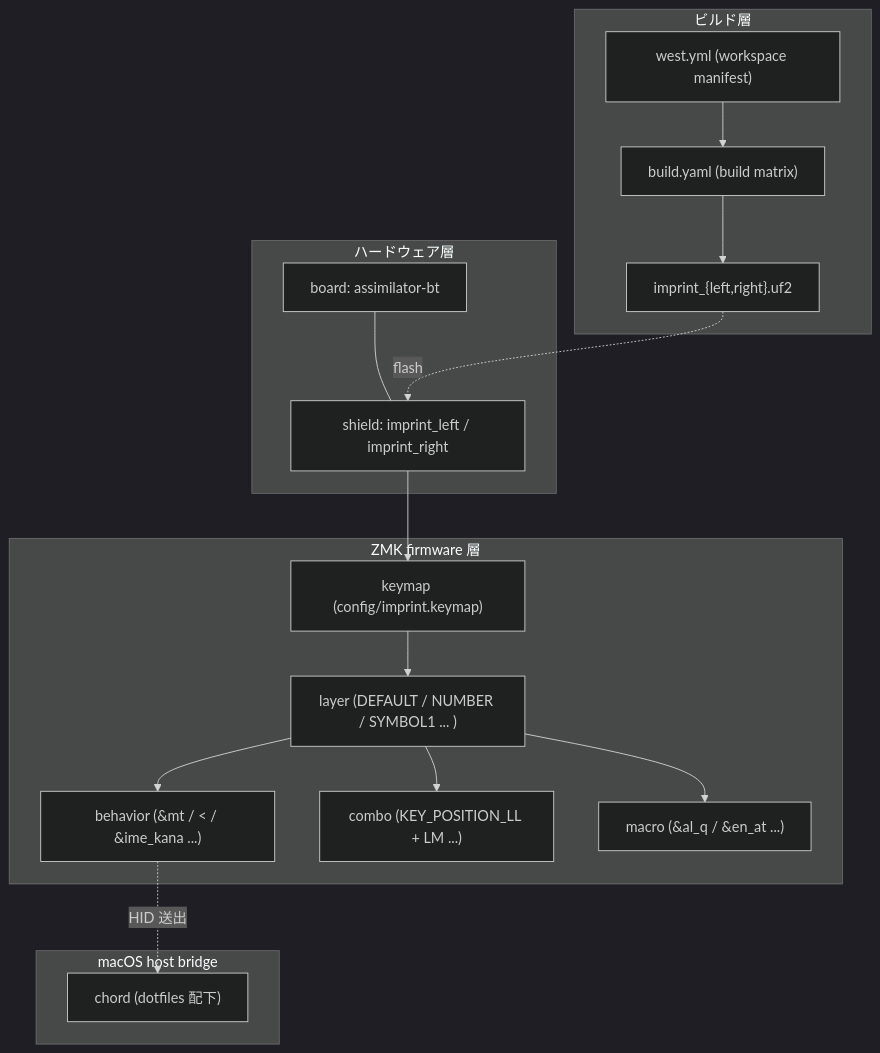
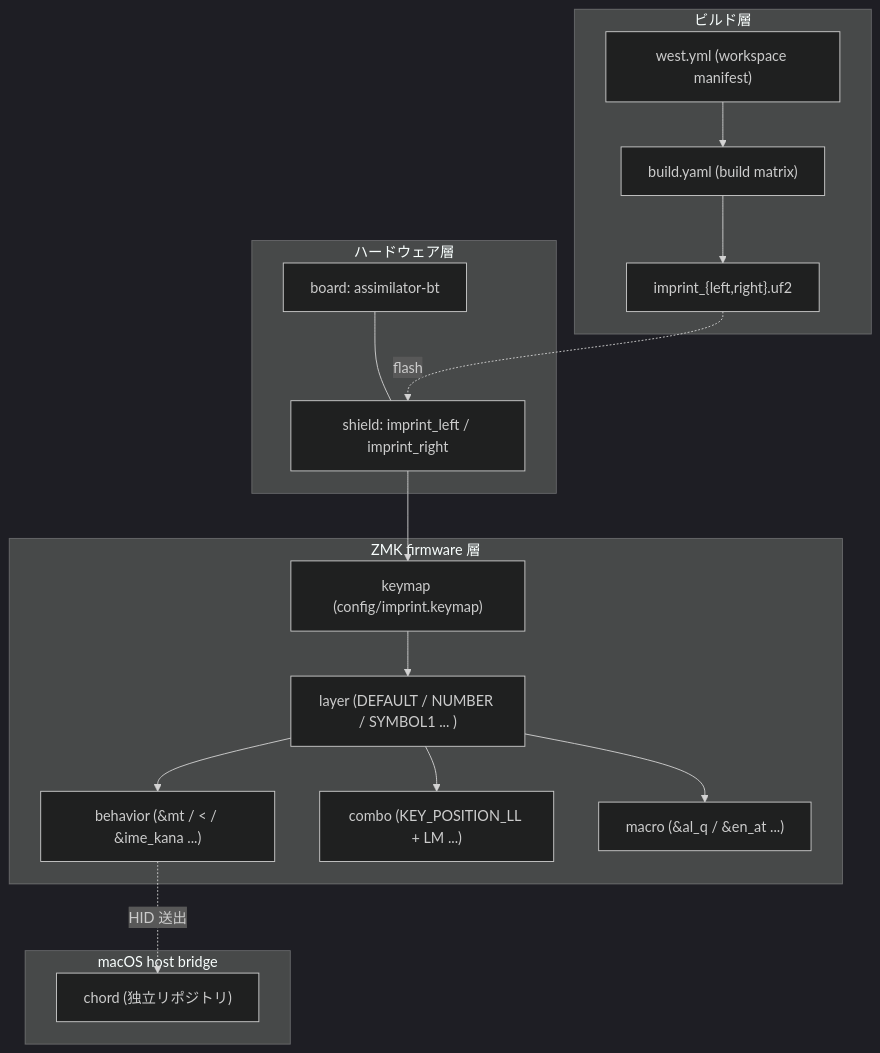
The diagram in docs/glossary.md (akira-toriyama/canon), drawn with Mermaid (dark theme) before and after one commit. The commit also changed other lines of this file and 3 other files, not shown here.

````diff
--- a/docs/glossary.md
+++ b/docs/glossary.md
@@ -34,32 +34,32 @@
 ```mermaid
 flowchart TB
   subgraph HW["ハードウェア層"]
     BOARD["board: assimilator-bt"]
     SHIELD["shield: imprint_left / imprint_right"]
   end
   subgraph FW["ZMK firmware 層"]
     KEYMAP["keymap (config/imprint.keymap)"]
     LAYER["layer (DEFAULT / NUMBER / SYMBOL1 ... )"]
     BEHAVIOR["behavior (&mt / &lt / &ime_kana ...)"]
     COMBO["combo (KEY_POSITION_LL + LM ...)"]
     MACRO["macro (&al_q / &en_at ...)"]
   end
   subgraph BUILD["ビルド層"]
     WEST["west.yml (workspace manifest)"]
     BUILDYAML["build.yaml (build matrix)"]
     UF2["imprint_{left,right}.uf2"]
   end
   subgraph HOST["macOS host bridge"]
-    CHORD["chord (dotfiles 配下)"]
+    CHORD["chord (独立リポジトリ)"]
   end
   BOARD --- SHIELD
   SHIELD --> KEYMAP
   KEYMAP --> LAYER
   LAYER --> BEHAVIOR
   LAYER --> COMBO
   LAYER --> MACRO
   WEST --> BUILDYAML
   BUILDYAML --> UF2
   UF2 -.flash.-> SHIELD
   BEHAVIOR -.HID 送出.-> CHORD
 ```
````
